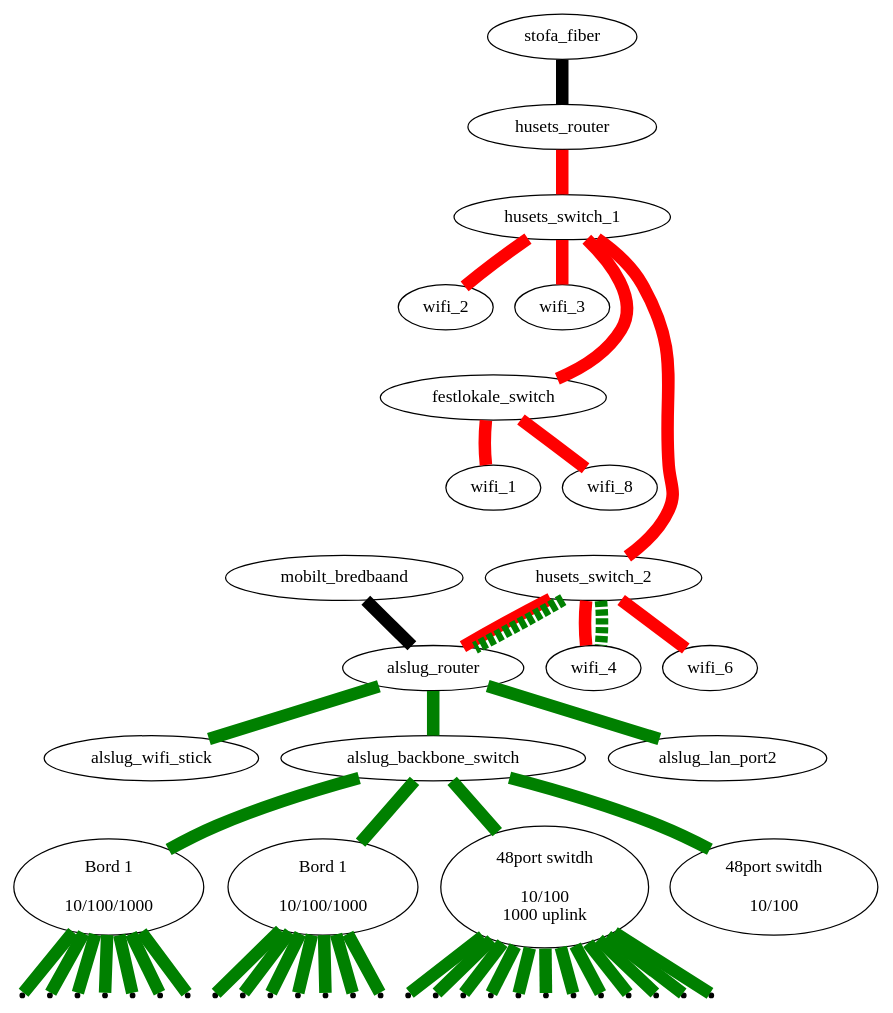
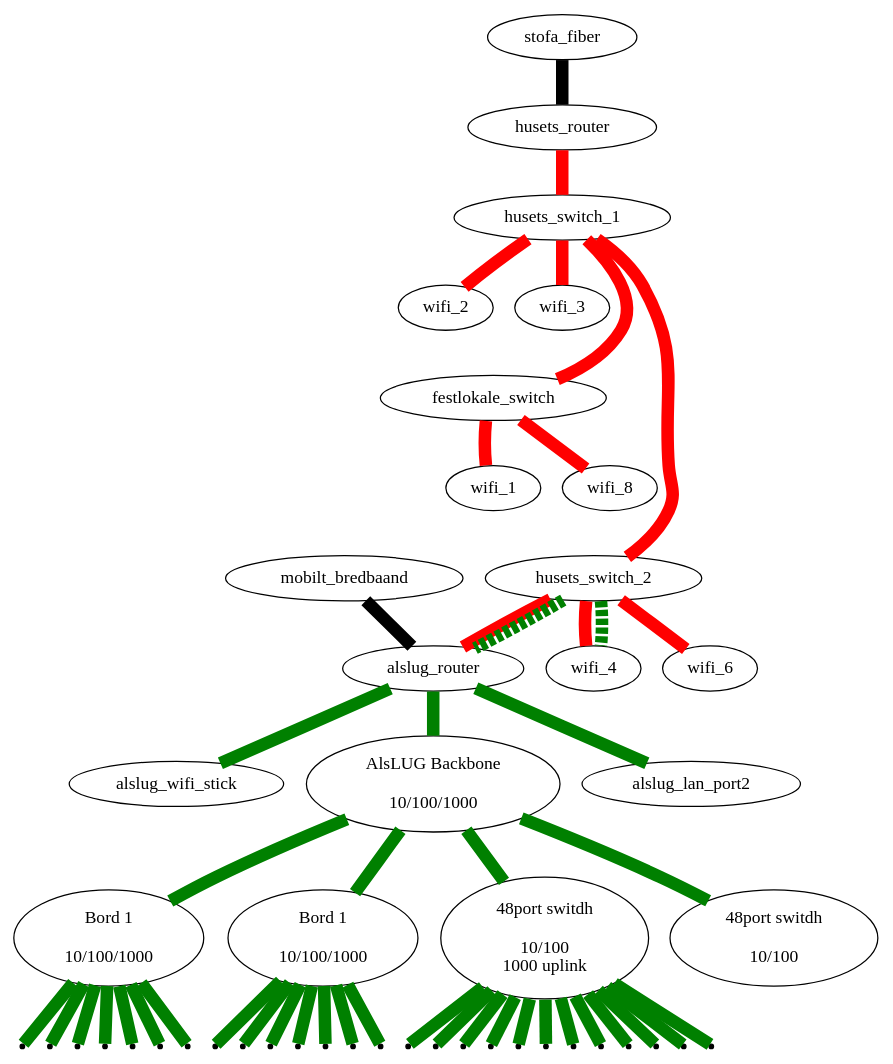
One commit to alslug/alslug.dk changed the diagram in projekter/network.dot. Above: the diagram before and after it, drawn with Graphviz.

```diff
--- a/projekter/network.dot
+++ b/projekter/network.dot
@@ -1,49 +1,50 @@
 digraph xxx {
 #  link_12a [ shape=point ];
 #  link_12b [ shape=point ];
 #  link_12c [ shape=point ];
   edge [ dir=none penwidth=10 ];
   
   // Internet forbindelser
   stofa_fiber      -> husets_router [ fillcolor=black style=filled ];
   mobilt_bredbaand -> alslug_router [ fillcolor=black style=filled ];
   
   // Husets forbindelser
   edge  [ color=red style=solid ];
   husets_router -> husets_switch_1 -> { wifi_2 wifi_3 };
   husets_switch_1 -> #link_12a -> link_12b -> link_12c -> 
                                                           husets_switch_2 -> { wifi_4 wifi_6 alslug_router};
   husets_switch_1 -> festlokale_switch -> { wifi_1 wifi_8 };
 
   // VLAN forbindelser over bakkensbros netværk
   edge  [ color=green style=dashed ];
   husets_switch_2 -> { alslug_router wifi_4 };
   
   // Interne forbindelser
   edge [ color=green style=solid ];
   alslug_router -> { alslug_wifi_stick alslug_backbone_switch alslug_lan_port2 };
   alslug_backbone_switch -> { bord_1 bord_2 switch_48p switch_48p_poe }
   
+  alslug_backbone_switch [ label="AlsLUG Backbone\n\n10/100/1000"];
   bord_1 [ label="Bord 1\n\n10/100/1000"];
   bord_2 [ label="Bord 1\n\n10/100/1000"];
   switch_48p [ label="48port switdh\n\n10/100\n1000 uplink"];
   switch_48p_poe [ label="48port switdh\n\n10/100"];
 
   node [ shape=point ];
   bord_1 -> {
                   bord_1_1 bord_1_2 bord_1_3 bord_1_4
                   bord_1_5 bord_1_6 bord_1_7
                 }
   bord_2 -> {
                   bord_2_1 bord_2_2 bord_2_3 bord_2_4
                   bord_2_5 bord_2_6 bord_2_7
                 }
   switch_48p -> {
                   switch_48p_1 switch_48p_2 switch_48p_3 switch_48p_4
                   switch_48p_5 switch_48p_6 switch_48p_7 switch_48p_8
                   switch_48p_9 switch_48p_10 switch_48p_11 switch_48p_12
                 }
   
   edge [ color=invis ];
   husets_switch_1 -> wifi_2 -> festlokale_switch -> wifi_1 -> husets_switch_2;
 }
```
